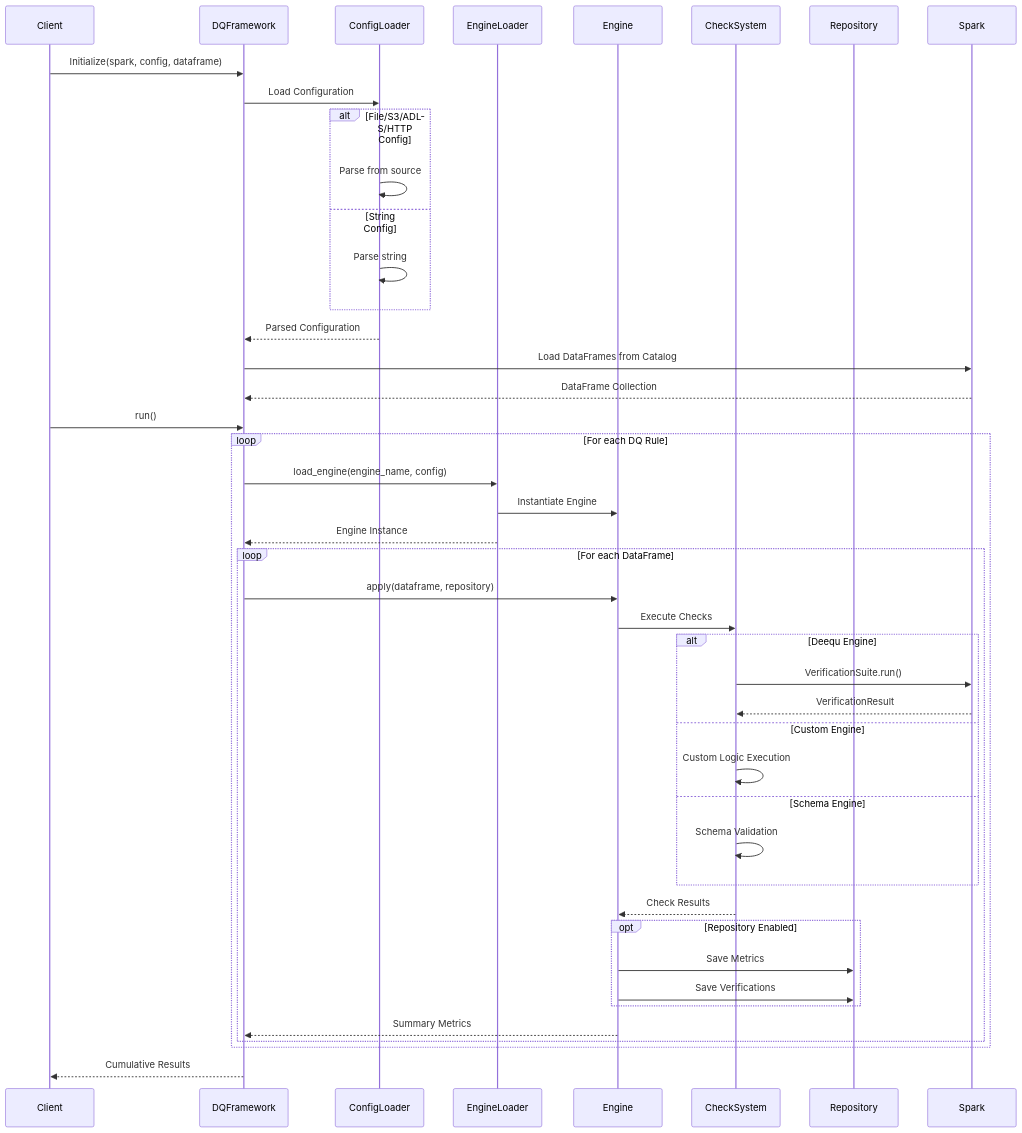
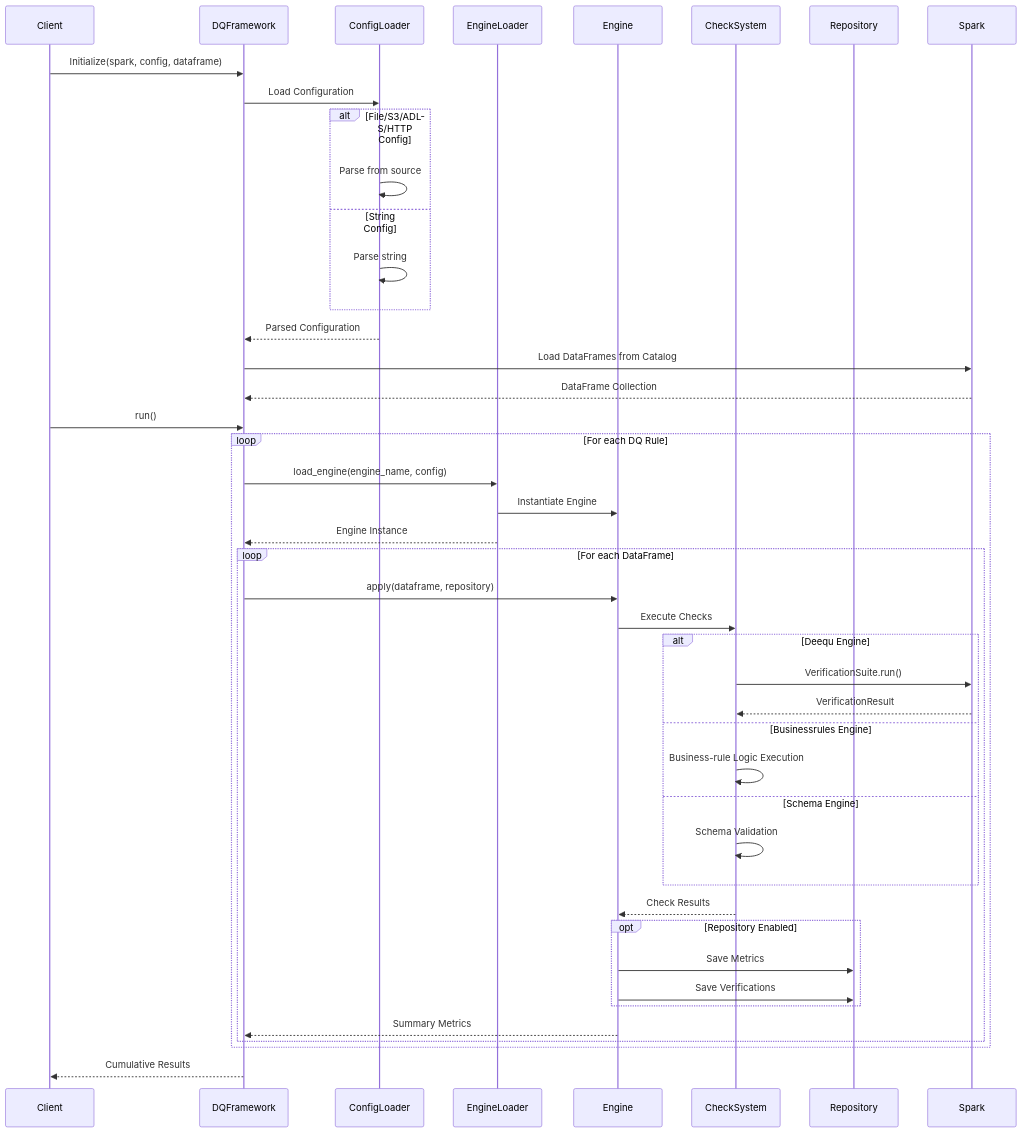
The diagram in docs/diagrams/data-flow.mmd (anvai-labs/dq-kernel), drawn with Mermaid before and after one commit. The commit also changed 26 other files, not shown here.

```diff
--- a/docs/diagrams/data-flow.mmd
+++ b/docs/diagrams/data-flow.mmd
@@ -1,56 +1,56 @@
 sequenceDiagram
     participant Client
     participant DQFramework
     participant ConfigLoader
     participant EngineLoader
     participant Engine
     participant CheckSystem
     participant Repository
     participant Spark
     
     Client->>DQFramework: Initialize(spark, config, dataframe)
     DQFramework->>ConfigLoader: Load Configuration
     
     alt File/S3/ADLS/HTTP Config
         ConfigLoader->>ConfigLoader: Parse from source
     else String Config
         ConfigLoader->>ConfigLoader: Parse string
     end
     
     ConfigLoader-->>DQFramework: Parsed Configuration
     
     DQFramework->>Spark: Load DataFrames from Catalog
     Spark-->>DQFramework: DataFrame Collection
     
     Client->>DQFramework: run()
     
     loop For each DQ Rule
         DQFramework->>EngineLoader: load_engine(engine_name, config)
         EngineLoader->>Engine: Instantiate Engine
         EngineLoader-->>DQFramework: Engine Instance
         
         loop For each DataFrame
             DQFramework->>Engine: apply(dataframe, repository)
             Engine->>CheckSystem: Execute Checks
             
             alt Deequ Engine
                 CheckSystem->>Spark: VerificationSuite.run()
                 Spark-->>CheckSystem: VerificationResult
-            else Custom Engine
-                CheckSystem->>CheckSystem: Custom Logic Execution
+            else Businessrules Engine
+                CheckSystem->>CheckSystem: Business-rule Logic Execution
             else Schema Engine
                 CheckSystem->>CheckSystem: Schema Validation
             end
             
             CheckSystem-->>Engine: Check Results
             
             opt Repository Enabled
                 Engine->>Repository: Save Metrics
                 Engine->>Repository: Save Verifications
             end
             
             Engine-->>DQFramework: Summary Metrics
         end
     end
     
     DQFramework-->>Client: Cumulative Results
```
